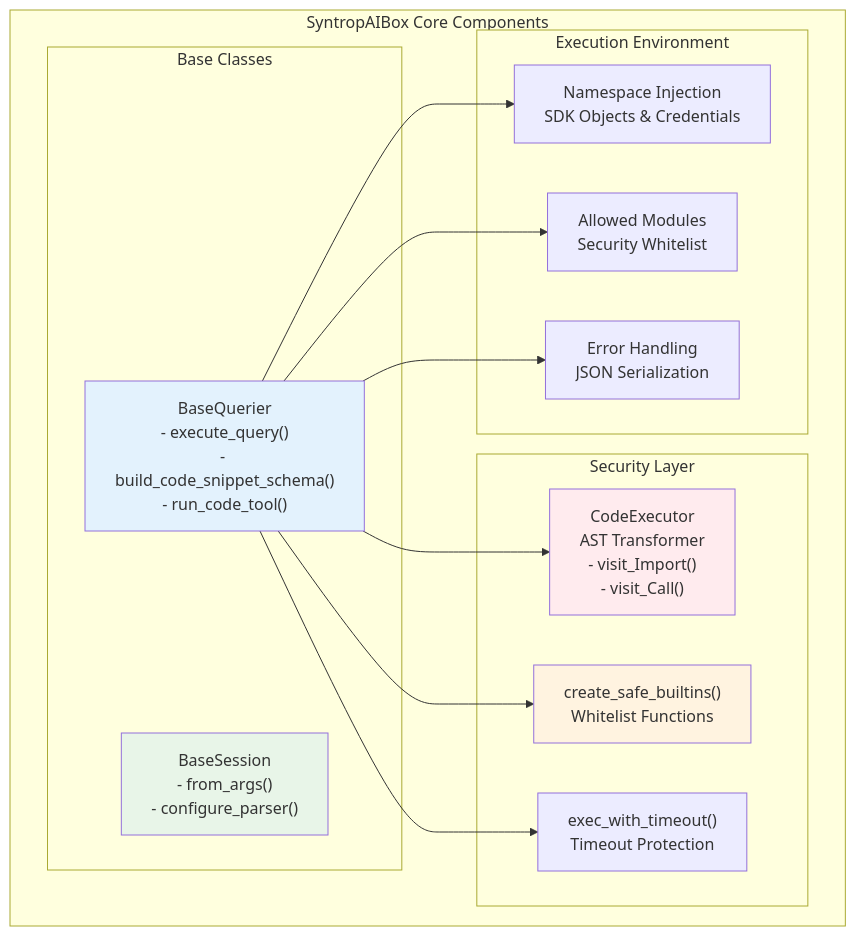
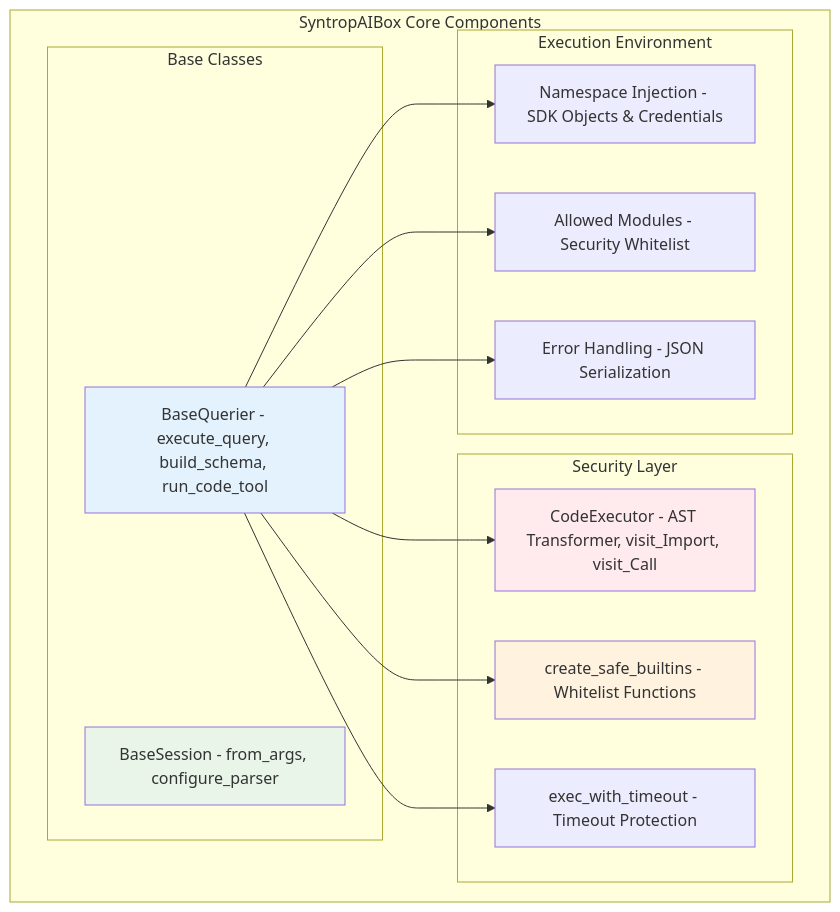
One commit to paihari/documentation-syntropai changed the third of 8 diagrams in ARCHITECTURE.md. Above: the diagram before and after it, drawn with Mermaid.

Commit message:
Simplify Mermaid diagram component labels
- Remove line breaks and use inline descriptions with dashes
- Clean component architecture diagram for better rendering

🤖 Generated with [Claude Code](https://claude.ai/code)

````diff
--- a/ARCHITECTURE.md
+++ b/ARCHITECTURE.md
@@ -89,34 +89,34 @@
 ```mermaid
 graph TB
     subgraph "SyntropAIBox Core Components"
         subgraph "Base Classes"
-            BQ["BaseQuerier\n- execute_query()\n- build_code_snippet_schema()\n- run_code_tool()"]
-            BS["BaseSession\n- from_args()\n- configure_parser()"]
+            BQ[BaseQuerier - execute_query, build_schema, run_code_tool]
+            BS[BaseSession - from_args, configure_parser]
         end
         
         subgraph "Security Layer"
-            CE["CodeExecutor\nAST Transformer\n- visit_Import()\n- visit_Call()"]
-            SB["create_safe_builtins()\nWhitelist Functions"]
-            TO["exec_with_timeout()\nTimeout Protection"]
+            CE[CodeExecutor - AST Transformer, visit_Import, visit_Call]
+            SB[create_safe_builtins - Whitelist Functions]
+            TO[exec_with_timeout - Timeout Protection]
         end
         
         subgraph "Execution Environment"
-            NS["Namespace Injection\nSDK Objects & Credentials"]
-            AM["Allowed Modules\nSecurity Whitelist"]
-            ER["Error Handling\nJSON Serialization"]
+            NS[Namespace Injection - SDK Objects & Credentials]
+            AM[Allowed Modules - Security Whitelist]
+            ER[Error Handling - JSON Serialization]
         end
     end
     
     BQ --> CE
     BQ --> SB
     BQ --> TO
     BQ --> NS
     BQ --> AM
     BQ --> ER
     
     style BQ fill:#e3f2fd
     style BS fill:#e8f5e8
     style CE fill:#ffebee
     style SB fill:#fff3e0
 
 ```
````
